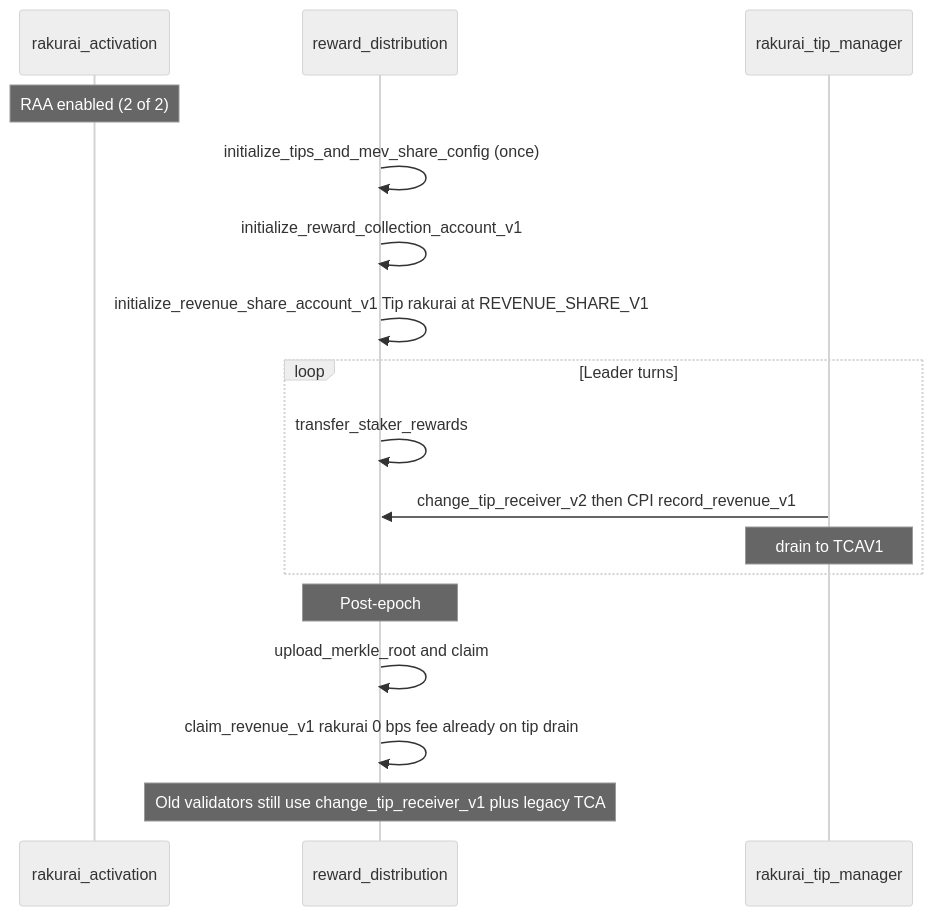
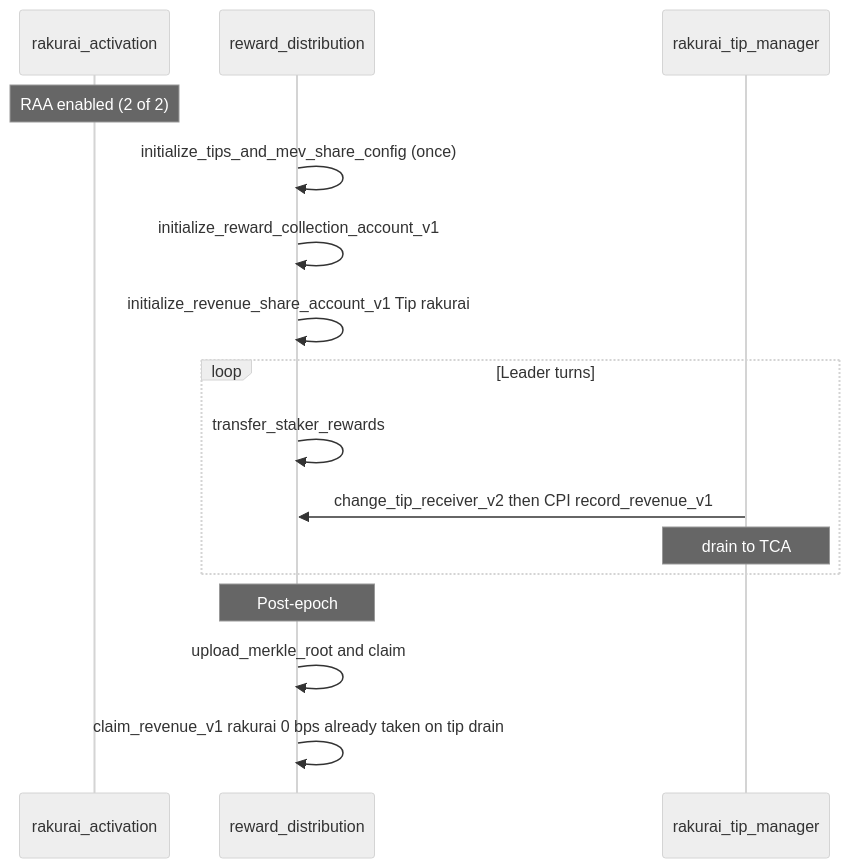
The fifth of 5 diagrams in diagram/program-flow-diagrams.md (rakurai-io/rakurai_programs), drawn with Mermaid (neutral theme) before and after one commit. The commit also changed other lines of this file and 10 other files, not shown here.

````diff
--- a/diagram/program-flow-diagrams.md
+++ b/diagram/program-flow-diagrams.md
@@ -163,20 +180,19 @@
 ```mermaid
 sequenceDiagram
     participant Act as rakurai_activation
     participant RD as reward_distribution
     participant TM as rakurai_tip_manager
 
     Note over Act: RAA enabled (2 of 2)
     RD->>RD: initialize_tips_and_mev_share_config (once)
     RD->>RD: initialize_reward_collection_account_v1
-    RD->>RD: initialize_revenue_share_account_v1 Tip rakurai at REVENUE_SHARE_V1
+    RD->>RD: initialize_revenue_share_account_v1 Tip rakurai
     loop Leader turns
         RD->>RD: transfer_staker_rewards
         TM->>RD: change_tip_receiver_v2 then CPI record_revenue_v1
-        Note over TM: drain to TCAV1
+        Note over TM: drain to TCA
     end
     Note over RD: Post-epoch
     RD->>RD: upload_merkle_root and claim
-    RD->>RD: claim_revenue_v1 rakurai 0 bps fee already on tip drain
-    Note over RD: Old validators still use change_tip_receiver_v1 plus legacy TCA
+    RD->>RD: claim_revenue_v1 rakurai 0 bps already taken on tip drain
 ```
````
